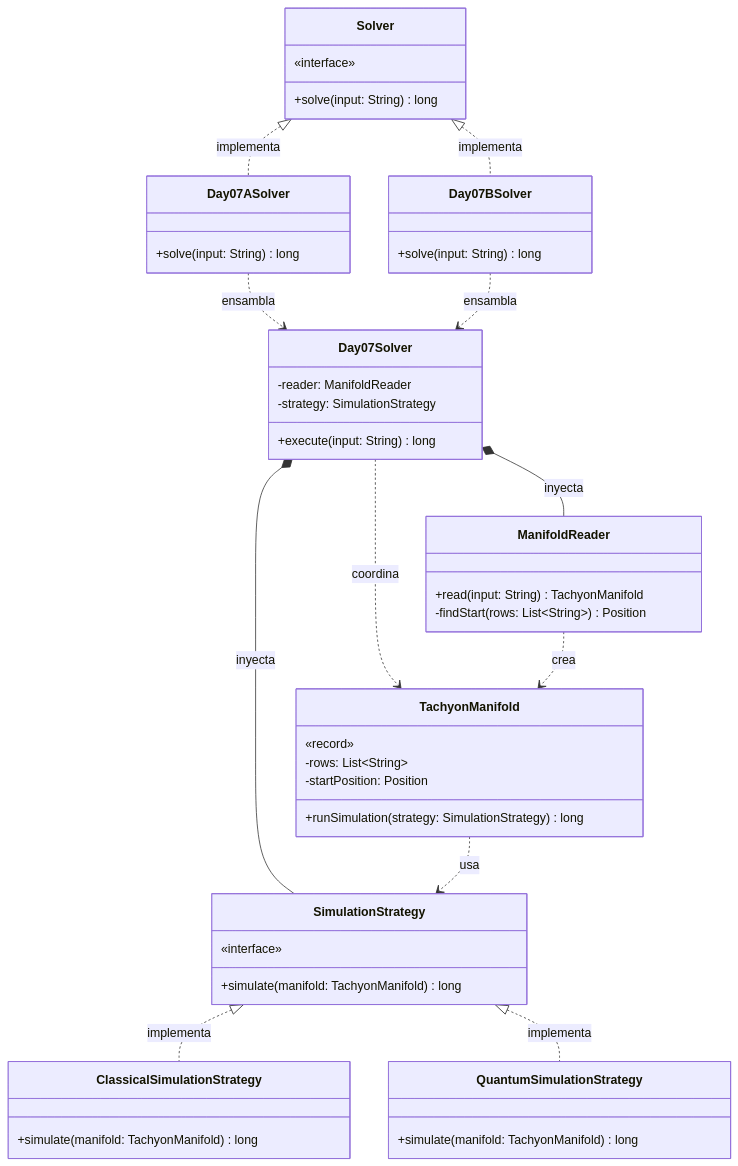
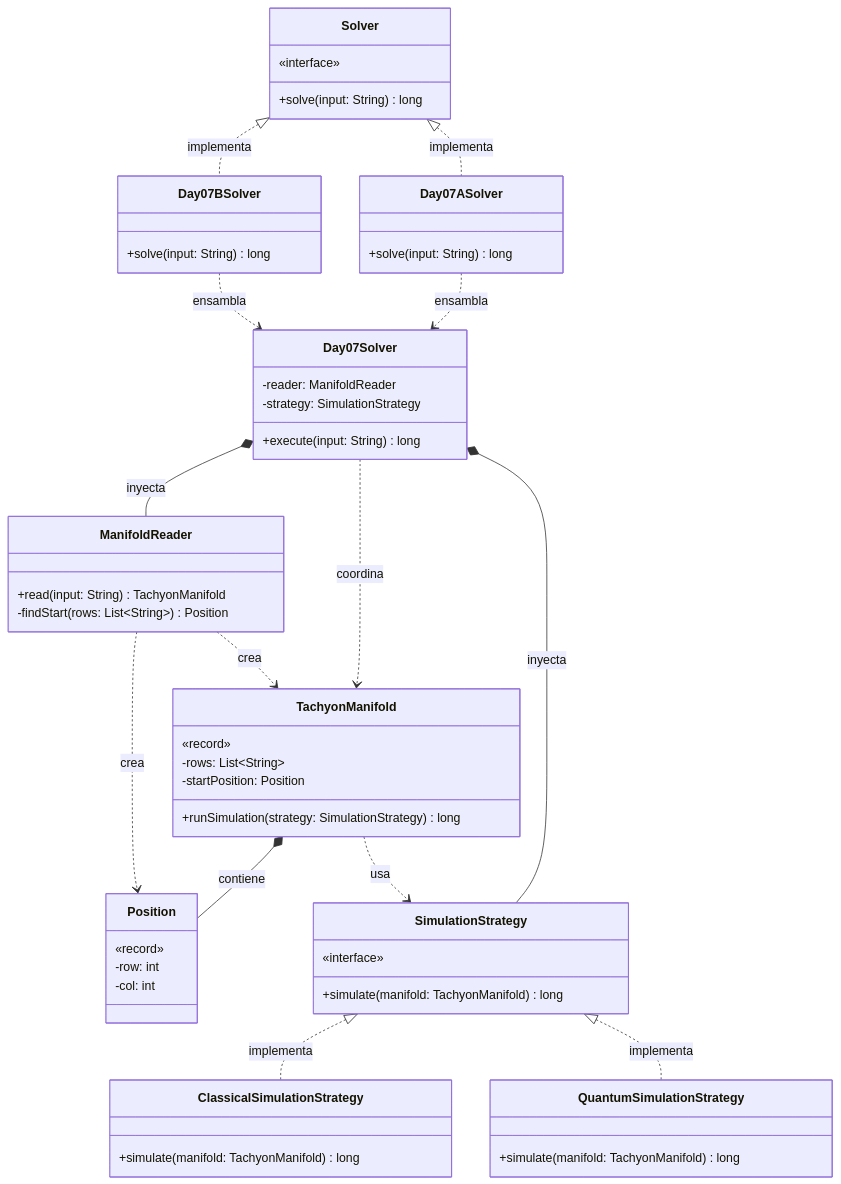
Before and after one commit to ivanperezdiaz829/AoC2025: the diagram in src/main/java/software/aoc/day07/README.md, drawn with Mermaid. The commit also changed 3 other files, not shown here.

````diff
--- a/src/main/java/software/aoc/day07/README.md
+++ b/src/main/java/software/aoc/day07/README.md
@@ -35,63 +35,71 @@
 ```mermaid
 classDiagram
   class Solver {
     «interface»
     +solve(input: String) long
   }
 
   class Day07ASolver {
     +solve(input: String) long
   }
 
   class Day07BSolver {
     +solve(input: String) long
   }
 
   class Day07Solver {
     -reader: ManifoldReader
     -strategy: SimulationStrategy
     +execute(input: String) long
   }
 
   class TachyonManifold {
     «record»
     -rows: List~String~
     -startPosition: Position
     +runSimulation(strategy: SimulationStrategy) long
+  }
+
+  class Position {
+    «record»
+    -row: int
+    -col: int
   }
 
   class SimulationStrategy {
     «interface»
     +simulate(manifold: TachyonManifold) long
   }
 
   class ClassicalSimulationStrategy {
     +simulate(manifold: TachyonManifold) long
   }
 
   class QuantumSimulationStrategy {
     +simulate(manifold: TachyonManifold) long
   }
 
   class ManifoldReader {
     +read(input: String) TachyonManifold
     -findStart(rows: List~String~) Position
   }
 
 %% Relaciones de Implementación
   Solver <|.. Day07ASolver : implementa
   Solver <|.. Day07BSolver : implementa
   SimulationStrategy <|.. ClassicalSimulationStrategy : implementa
   SimulationStrategy <|.. QuantumSimulationStrategy : implementa
 
 %% Relaciones de Ensamblaje e Inyección
   Day07ASolver ..> Day07Solver : ensambla
   Day07BSolver ..> Day07Solver : ensambla
   Day07Solver *-- ManifoldReader : inyecta
   Day07Solver *-- SimulationStrategy : inyecta
 
 %% Relaciones de Dominio
   Day07Solver ..> TachyonManifold : coordina
   TachyonManifold ..> SimulationStrategy : usa
+  TachyonManifold *-- Position : contiene
   ManifoldReader ..> TachyonManifold : crea
+  ManifoldReader ..> Position : crea
 ```
````
